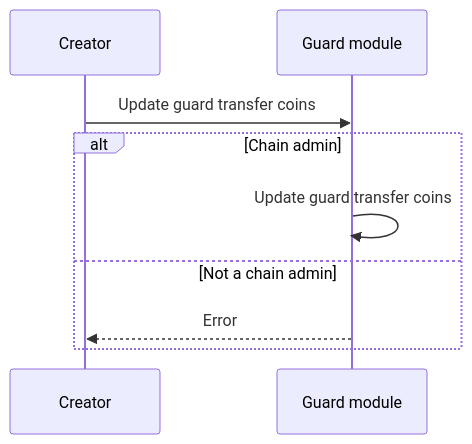
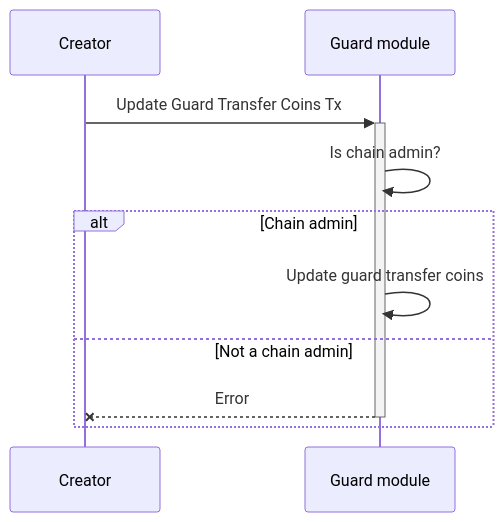
The third of 4 diagrams in x/guard/spec/04_txs_flows.md (MANTRA-Chain/mantrachain), drawn with Mermaid before and after one commit. The commit also changed other lines of this file and 12 other files, not shown here.

Commit message:
docs: add update txs flows docs

````diff
--- a/x/guard/spec/04_txs_flows.md
+++ b/x/guard/spec/04_txs_flows.md
@@ -31,9 +33,10 @@
 ```mermaid
 sequenceDiagram
-Creator ->> Guard module: Update guard transfer coins
+Creator->>+Guard module: Update Guard Transfer Coins Tx
+Guard module->>Guard module: Is chain admin?
 alt Chain admin
-  Guard module->> Guard module: Update guard transfer coins
+  Guard module->>Guard module: Update guard transfer coins
 else Not a chain admin
-  Guard module-->> Creator: Error
+  Guard module--x-Creator: Error
 end
 ```
````
